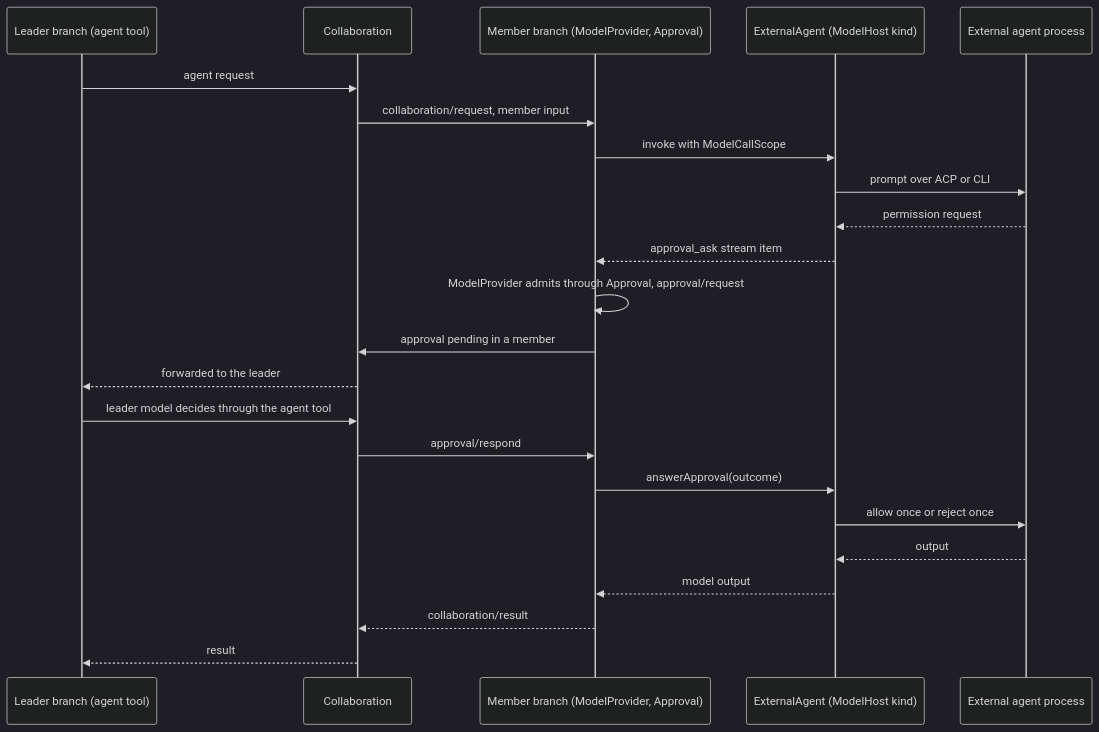
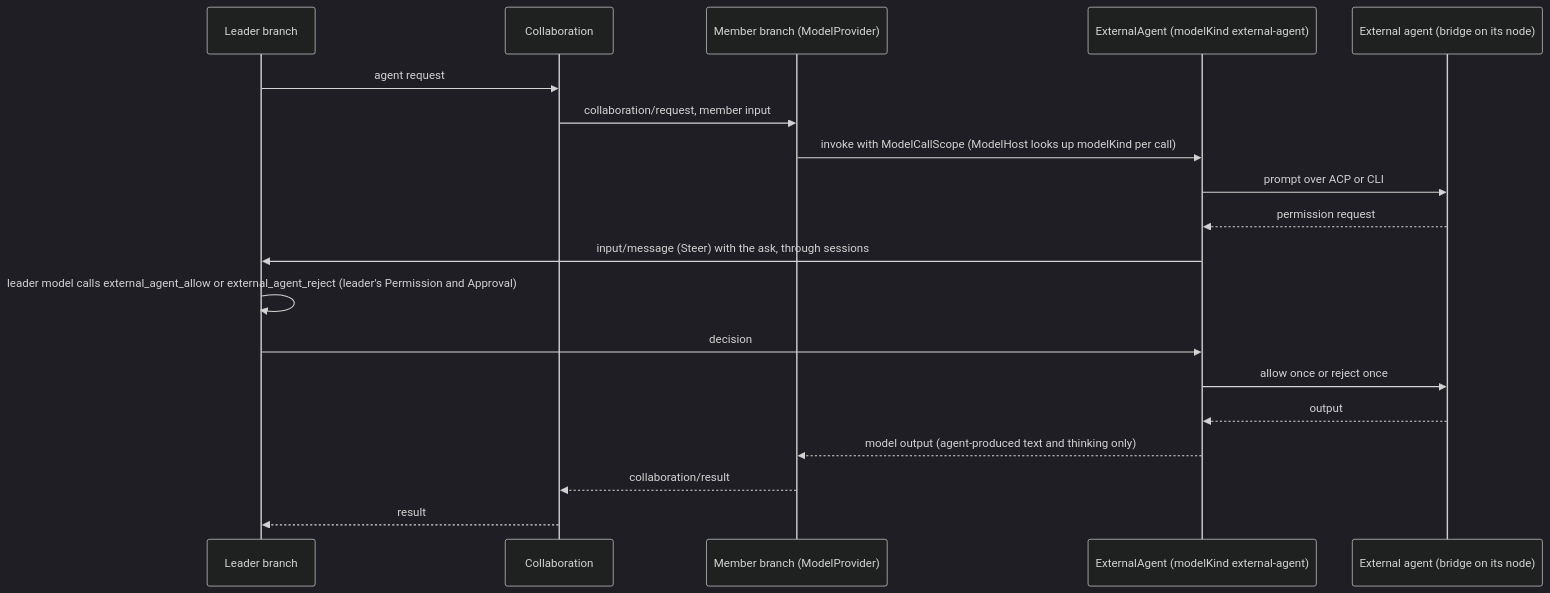
Before and after one commit to CoutinhoTTS/dim-agent: the eighth of 8 diagrams in docs/design/overview.md, drawn with Mermaid (dark theme). The commit also changed other lines of this file and 4 other files, not shown here.

Commit message:
docs: ExternalAgent redesign zh mirror, overview and index updates (refs #145)

````diff
--- a/docs/design/overview.md
+++ b/docs/design/overview.md
@@ -295,25 +293,21 @@
 ```mermaid
 sequenceDiagram
-  participant L as Leader branch (agent tool)
+  participant L as Leader branch
   participant C as Collaboration
-  participant M as Member branch (ModelProvider, Approval)
-  participant X as ExternalAgent (ModelHost kind)
-  participant EA as External agent process
+  participant M as Member branch (ModelProvider)
+  participant X as ExternalAgent (modelKind external-agent)
+  participant EA as External agent (bridge on its node)
   L->>C: agent request
   C->>M: collaboration/request, member input
-  M->>X: invoke with ModelCallScope
+  M->>X: invoke with ModelCallScope (ModelHost looks up modelKind per call)
   X->>EA: prompt over ACP or CLI
   EA-->>X: permission request
-  X-->>M: approval_ask stream item
-  M->>M: ModelProvider admits through Approval, approval/request
-  M->>C: approval pending in a member
-  C-->>L: forwarded to the leader
-  L->>C: leader model decides through the agent tool
-  C->>M: approval/respond
-  M->>X: answerApproval(outcome)
+  X->>L: input/message (Steer) with the ask, through sessions
+  L->>L: leader model calls external_agent_allow or external_agent_reject (leader's Permission and Approval)
+  L->>X: decision
   X->>EA: allow once or reject once
   EA-->>X: output
-  X-->>M: model output
+  X-->>M: model output (agent-produced text and thinking only)
   M-->>C: collaboration/result
   C-->>L: result
 ```
````
